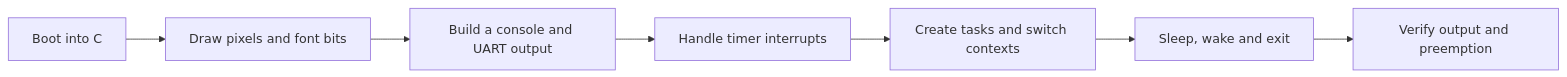
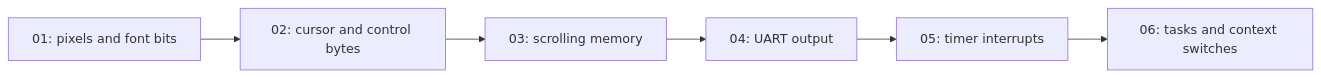
The first of 2 diagrams in docs/09-development.md (Raiagues/OS), drawn with Mermaid before and after one commit. The commit also changed other lines of this file and 275 other files, not shown here.

````diff
--- a/docs/09-development.md
+++ b/docs/09-development.md
@@ -5,9 +7,8 @@
 ```mermaid
 flowchart LR
-    B["Boot into C"] --> P["Draw pixels and font bits"]
-    P --> C["Build a console and UART output"]
-    C --> T["Handle timer interrupts"]
-    T --> S["Create tasks and switch contexts"]
-    S --> W["Sleep, wake and exit"]
-    W --> V["Verify output and preemption"]
+    P["01: pixels and font bits"] --> C["02: cursor and control bytes"]
+    C --> S["03: scrolling memory"]
+    S --> U["04: UART output"]
+    U --> T["05: timer interrupts"]
+    T --> R["06: tasks and context switches"]
 ```
````
